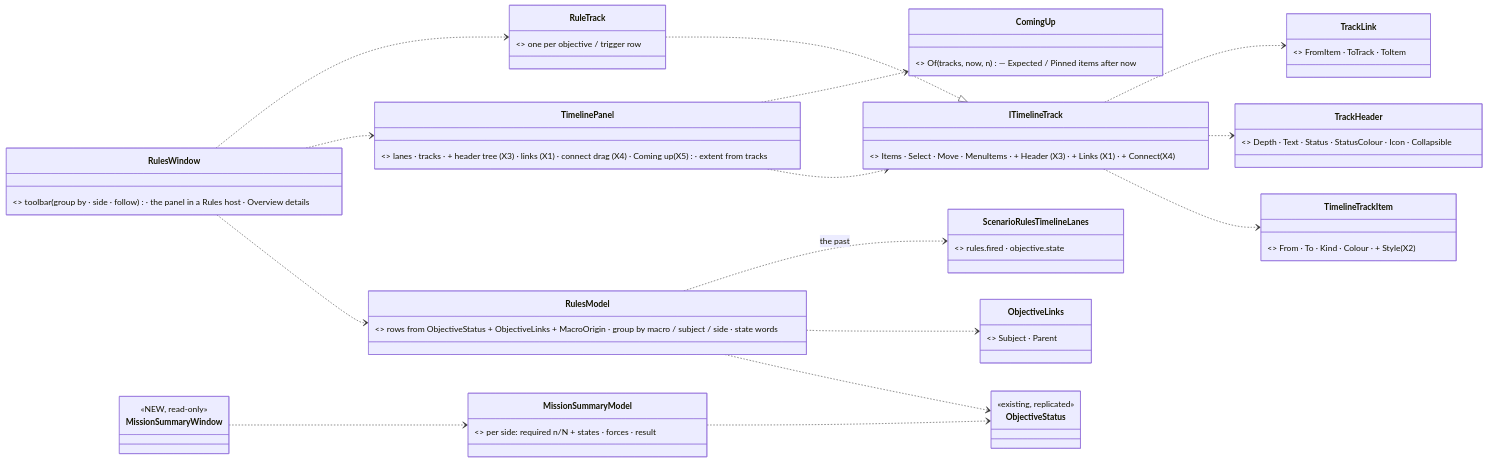
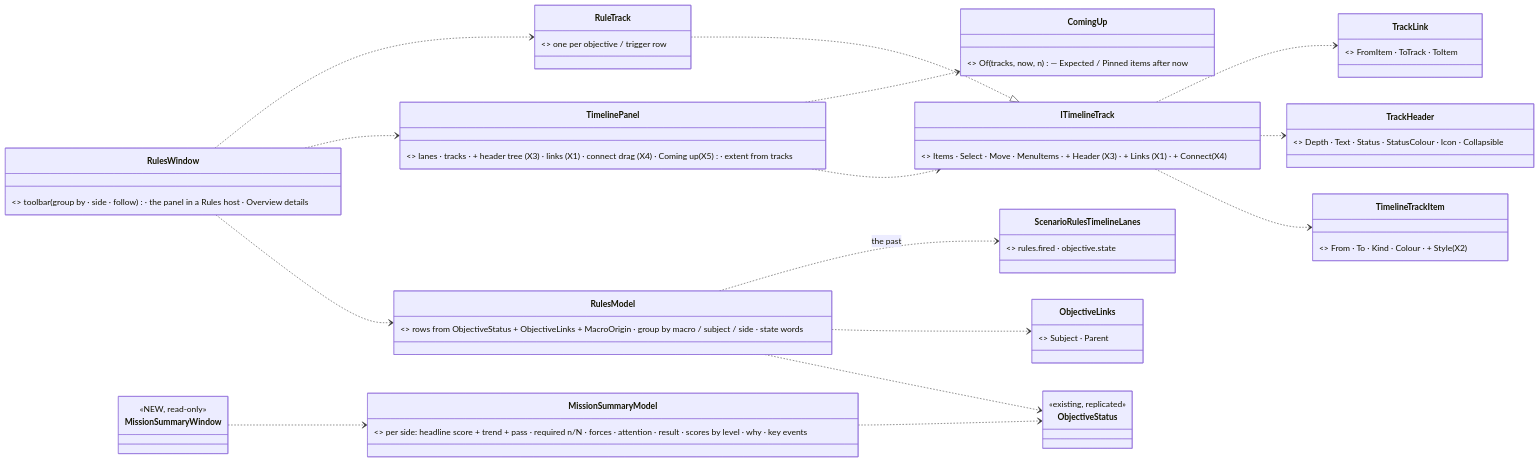
The first of 3 diagrams in docs/DESIGN_Rules_View_UI.md (pjanec/HROT), drawn with Mermaid before and after one commit. The commit also changed other lines of this file and 1 other file, not shown here.

First line of the commit message:
Design: the mission summary (RV-8) as the mockup on behaviors' S4 scores and backend's S7 game score; RV-6 Waits on / Starts; RV-4 hosts the score lane; HUD PH-6 / PH-7 read the same tree

````diff
--- a/docs/DESIGN_Rules_View_UI.md
+++ b/docs/DESIGN_Rules_View_UI.md
@@ -44,32 +49,32 @@
 ```mermaid
 classDiagram
     direction LR
     class TimelinePanel { <<existing, the ONE panel>> lanes · tracks · + header tree (X3) · links (X1) · connect drag (X4) · Coming up (X5) · extent from tracks }
     class ITimelineTrack { <<existing>> Items · Select · Move · MenuItems · + Header (X3) · + Links (X1) · + Connect (X4) }
     class TimelineTrackItem { <<existing record>> From · To · Kind · Colour · + Style (X2) }
     class TrackHeader { <<NEW record>> Depth · Text · Status · StatusColour · Icon · Collapsible }
     class TrackLink { <<NEW record>> FromItem · ToTrack · ToItem }
     class ComingUp { <<NEW, pure>> Of(tracks, now, n) — Expected / Pinned items after now }
     class RulesModel { <<NEW, pure, no ImGui>> rows from ObjectiveStatus + ObjectiveLinks + MacroOrigin · group by macro / subject / side · state words }
     class RuleTrack { <<NEW : ITimelineTrack>> one per objective / trigger row }
     class RulesWindow { <<NEW>> toolbar (group by · side · follow) · the panel in a Rules host · Overview details }
     class ScenarioRulesTimelineLanes { <<NEW provider, SR-103>> rules.fired · objective.state }
-    class MissionSummaryModel { <<NEW, pure>> per side: required n/N + states · forces · result }
+    class MissionSummaryModel { <<NEW, pure>> per side: headline score + trend + pass · required n/N · forces · attention · result · scores by level · why · key events }
     class MissionSummaryWindow { <<NEW, read-only>> }
     class ObjectiveStatus { <<existing, replicated>> }
     class ObjectiveLinks { <<existing>> Subject · Parent }
     TimelinePanel ..> ITimelineTrack
     ITimelineTrack ..> TimelineTrackItem
     ITimelineTrack ..> TrackHeader
     ITimelineTrack ..> TrackLink
     TimelinePanel ..> ComingUp
     RuleTrack ..|> ITimelineTrack
     RulesModel ..> ObjectiveStatus
     RulesModel ..> ObjectiveLinks
     RulesModel ..> ScenarioRulesTimelineLanes : the past
     RulesWindow ..> RulesModel
     RulesWindow ..> TimelinePanel
     RulesWindow ..> RuleTrack
     MissionSummaryModel ..> ObjectiveStatus
     MissionSummaryWindow ..> MissionSummaryModel
 ```
````
